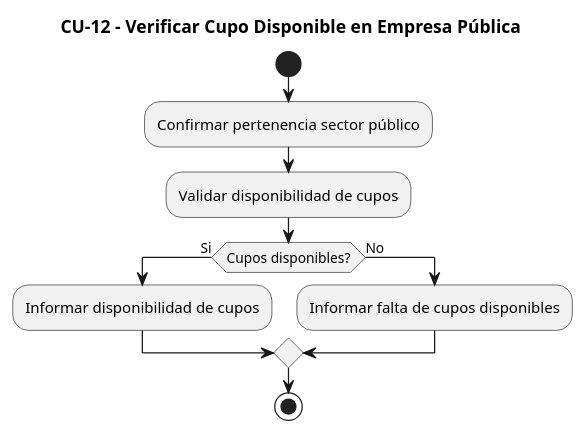
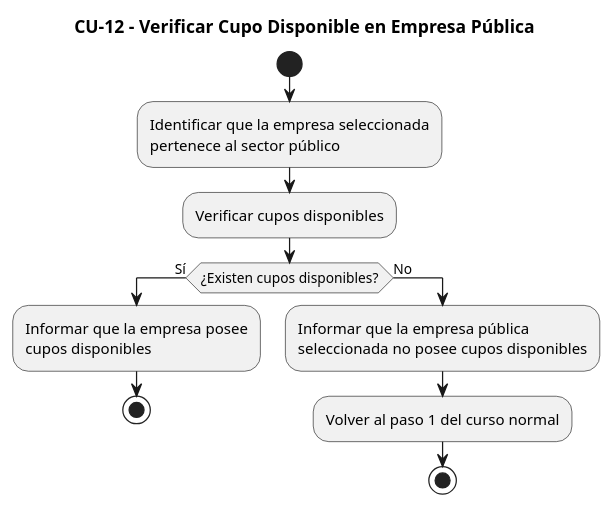
One commit to h3l333/proyecto-uppa changed the diagram in diagramas-de-actividad-puml/diagrama-actividad-cu12.puml. Above: the diagram before and after it, drawn with PlantUML. The commit also changed 15 other files, not shown here.

Commit message:
Enmienda diagramas de actividad

```diff
--- a/diagramas-de-actividad-puml/diagrama-actividad-cu12.puml
+++ b/diagramas-de-actividad-puml/diagrama-actividad-cu12.puml
@@ -1,15 +1,25 @@
-@startuml Diagrama_Actividad_CU12
+@startuml
 title CU-12 - Verificar Cupo Disponible en Empresa Pública
 
-|Sistema|
+|Sistema de Gestión de Prácticas UPPA|
 start
-:Confirmar pertenencia sector público;
-:Validar disponibilidad de cupos;
-if (Cupos disponibles?) then (Si)
-  :Informar disponibilidad de cupos;
+
+:Identificar que la empresa seleccionada
+pertenece al sector público;
+
+:Verificar cupos disponibles;
+
+if (¿Existen cupos disponibles?) then (Sí)
+  :Informar que la empresa posee
+  cupos disponibles;
+  stop
+
 else (No)
-  :Informar falta de cupos disponibles;
+  :Informar que la empresa pública
+  seleccionada no posee cupos disponibles;
+
+  :Volver al paso 1 del curso normal;
+  stop
 endif
-stop
 
 @enduml
```
